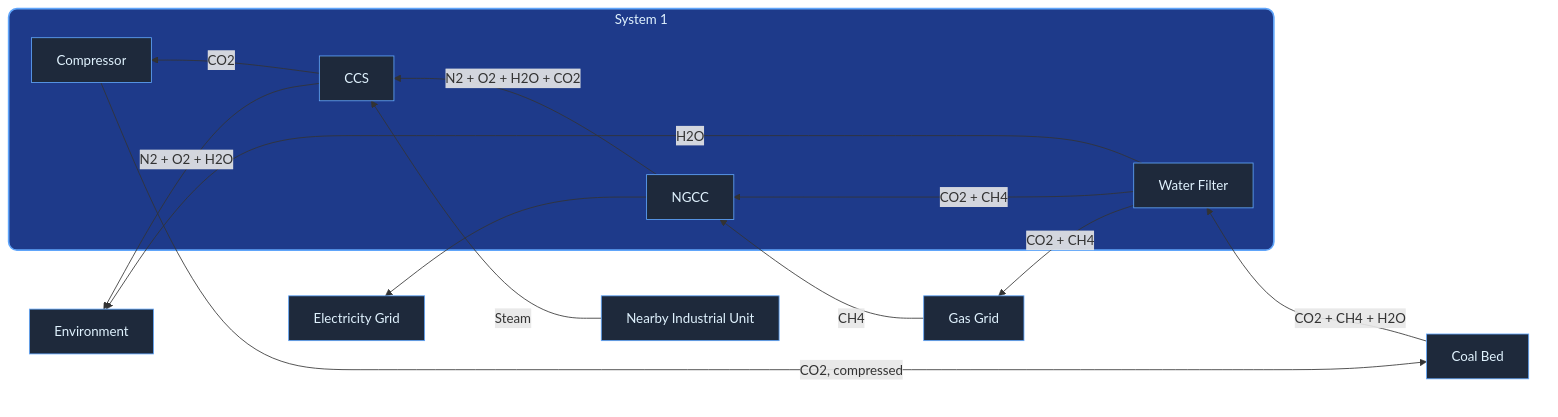
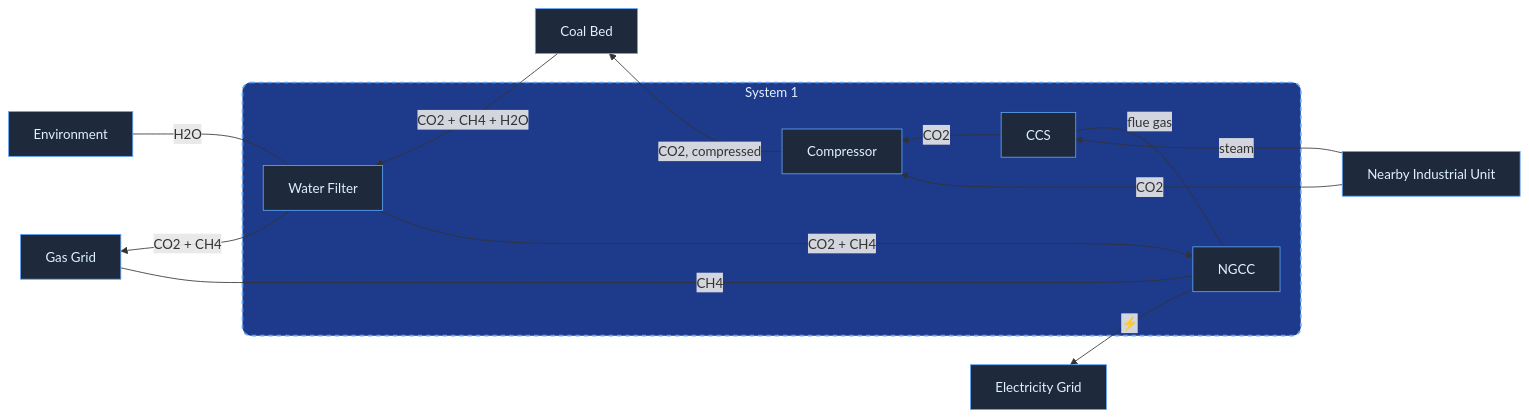
One commit to victorelgersma/AEA changed the diagram in flowchart_TD.mmd. Above: the diagram before and after it, drawn with Mermaid.

Commit message:
new flowchart

```diff
--- a/flowchart_TD.mmd
+++ b/flowchart_TD.mmd
@@ -1,34 +1,31 @@
 flowchart RL
-  %% ===== Subgraph: External Environment =====
-  subgraph EXT[" "]
+  %% ===== Subgraph: System =====
+  subgraph SYS["System 1"]
+    F["NGCC"]
+    WAT["Water Filter"]
+    COM["Compressor"]
+    CCS["CCS"]
+  end
     ENV["Environment"]
     BED["Coal Bed"]
     EGRID["Electricity Grid"]
     GGRID["Gas Grid"]
     IND["Nearby Industrial Unit"]
-  end
-
-  %% ===== Subgraph: System =====
-  subgraph SYS["System 1"]
-    F["NGCC"]
-    WAT["Water Filter"]
-    H["Compressor"]
-    CCS["CCS"]
-  end
 
   %% ===== Flows between subsystems =====
   BED -- "CO2 + CH4 + H2O" --> WAT
-  WAT -- "H2O" --> ENV
+  WAT -- "H2O" --- ENV
   WAT -- "CO2 + CH4" --> GGRID
   WAT -- "CO2 + CH4" --> F
-  GGRID -- "CH4" --> F
-  F --> EGRID
-  CCS -- "CO2" --> H -- "CO2, compressed" --> BED
-  F -- "N2 + O2 + H2O + CO2" --> CCS -- "N2 + O2 + H2O" --> ENV
-  IND -- "Steam" --> CCS
+  GGRID -- "CH4" --- F
+  F --⚡--> EGRID
+  CCS -- "CO2" --> COM -- "CO2, compressed" --> BED
+  F -- "flue gas" --- CCS 
+  IND -- "steam" ---> CCS
+  IND -- "CO2" ---> COM
+
 
   %% ===== Styling =====
-  style SYS fill:#1E3A8A,stroke:#60A5FA,stroke-width:2px,rx:10px,ry:10px,color:#E0F2FE
-  style EXT fill:none,stroke:none
+  style SYS fill:#1E3A8A,stroke:#60A5FA,stroke-width:2px,stroke-dasharray:5 5,rx:10px,ry:10px,color:#E0F2FE
   classDef node fill:#1E293B,stroke:#60A5FA,color:#E0F2FE
   class F,WAT,H,CCS,ENV,BED,EGRID,GGRID,IND node
```
